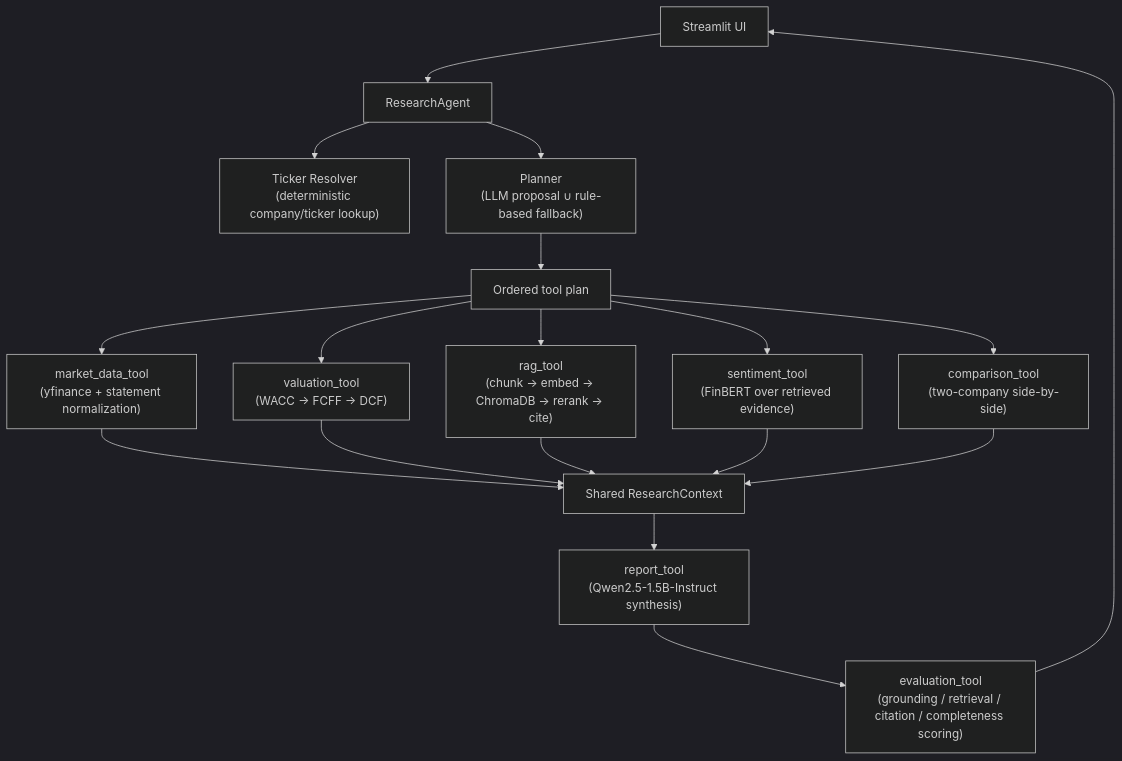
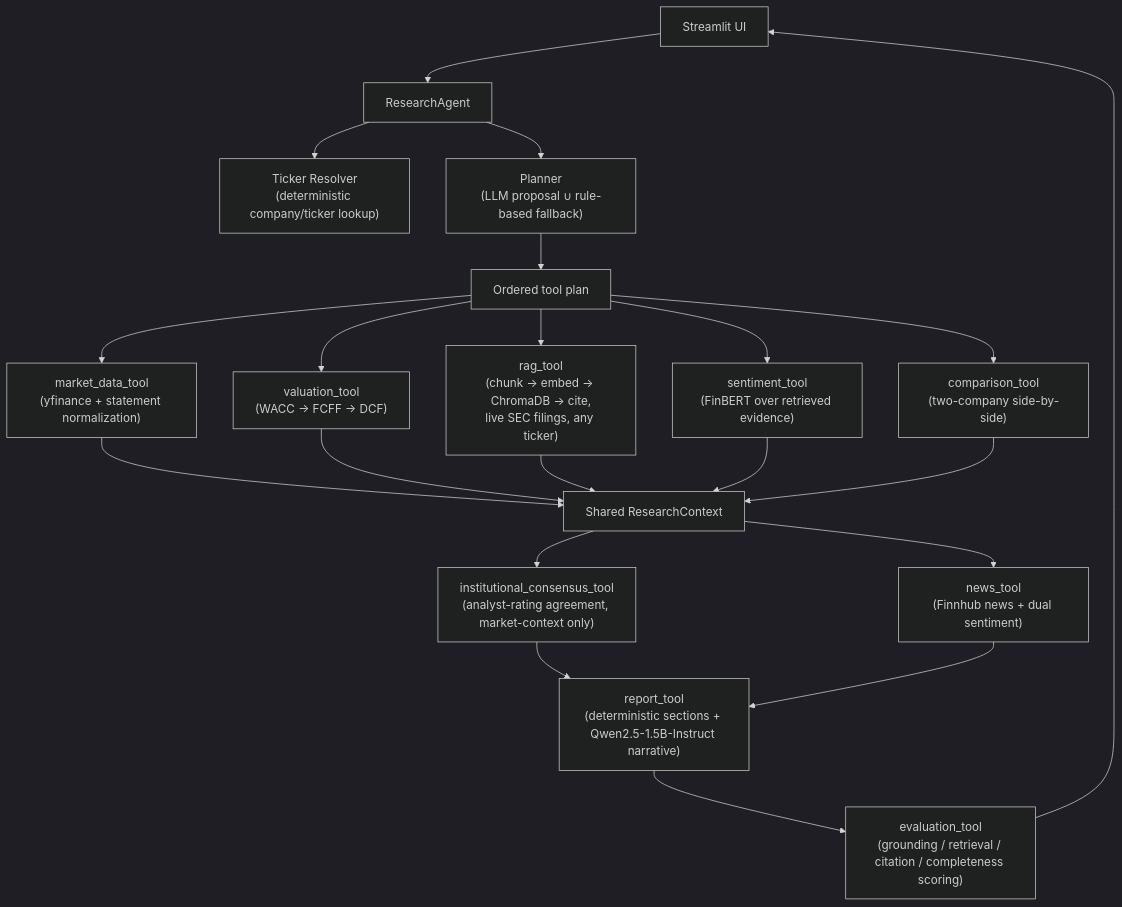
The diagram in README.md (shivaumsharma/FinSight-AI), drawn with Mermaid (dark theme) before and after one commit. The commit also changed other lines of this file, not shown here.

````diff
--- a/README.md
+++ b/README.md
@@ -36,23 +36,26 @@
 ```mermaid
 flowchart TD
     UI["Streamlit UI"] --> Agent["ResearchAgent"]
     Agent --> Resolver["Ticker Resolver\n(deterministic company/ticker lookup)"]
     Agent --> Planner["Planner\n(LLM proposal ∪ rule-based fallback)"]
     Planner --> Plan["Ordered tool plan"]
 
     Plan --> MarketTool["market_data_tool\n(yfinance + statement normalization)"]
     Plan --> ValuationTool["valuation_tool\n(WACC → FCFF → DCF)"]
-    Plan --> RAGTool["rag_tool\n(chunk → embed → ChromaDB → rerank → cite)"]
+    Plan --> RAGTool["rag_tool\n(chunk → embed → ChromaDB → cite,\nlive SEC filings, any ticker)"]
     Plan --> SentimentTool["sentiment_tool\n(FinBERT over retrieved evidence)"]
     Plan --> ComparisonTool["comparison_tool\n(two-company side-by-side)"]
 
     MarketTool --> Context["Shared ResearchContext"]
     ValuationTool --> Context
     RAGTool --> Context
     SentimentTool --> Context
     ComparisonTool --> Context
 
-    Context --> ReportTool["report_tool\n(Qwen2.5-1.5B-Instruct synthesis)"]
+    Context --> ConsensusTool["institutional_consensus_tool\n(analyst-rating agreement, market-context only)"]
+    Context --> NewsTool["news_tool\n(Finnhub news + dual sentiment)"]
+    ConsensusTool --> ReportTool["report_tool\n(deterministic sections + Qwen2.5-1.5B-Instruct narrative)"]
+    NewsTool --> ReportTool
     ReportTool --> EvalTool["evaluation_tool\n(grounding / retrieval / citation / completeness scoring)"]
     EvalTool --> UI
 ```
````
